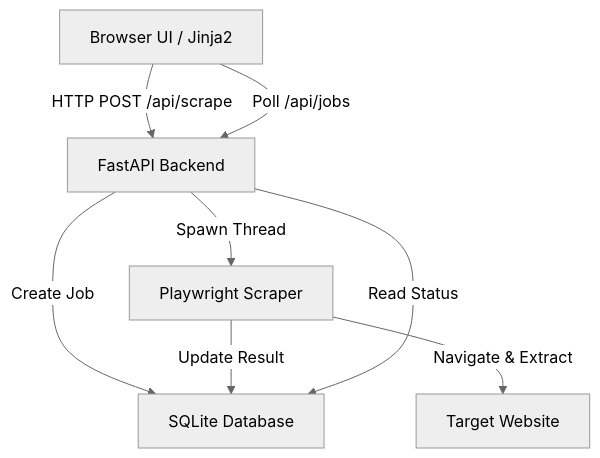
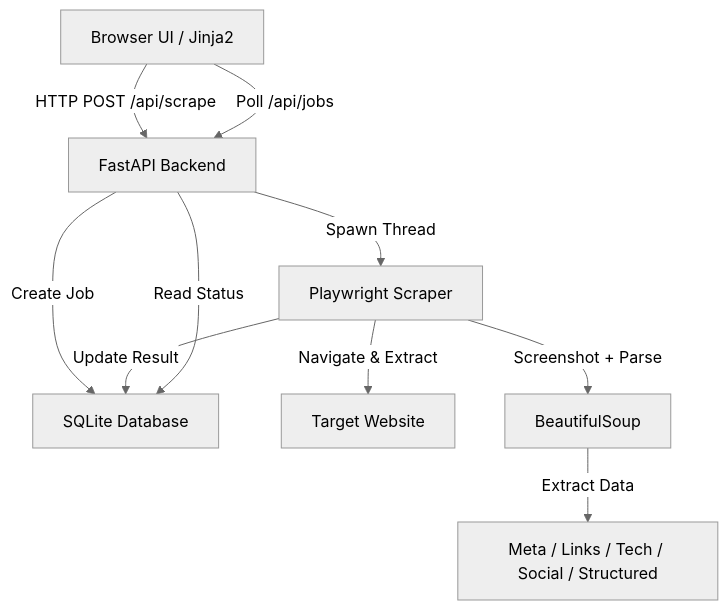
One commit to qtremors/xcrape changed the diagram in DEVELOPMENT.md. Above: the diagram before and after it, drawn with Mermaid (neutral theme). The commit also changed other lines of this file and 12 other files, not shown here.

````diff
--- a/DEVELOPMENT.md
+++ b/DEVELOPMENT.md
@@ -27,10 +34,12 @@
 ```mermaid
 graph TD
     A[Browser UI / Jinja2] -->|HTTP POST /api/scrape| B[FastAPI Backend]
     B -->|Create Job| C[SQLite Database]
     B -->|Spawn Thread| D[Playwright Scraper]
     D -->|Navigate & Extract| E[Target Website]
+    D -->|Screenshot + Parse| F[BeautifulSoup]
+    F -->|Extract Data| G[Meta / Links / Tech / Social / Structured]
     D -->|Update Result| C
     A -->|Poll /api/jobs| B
     B -->|Read Status| C
 ```
````
